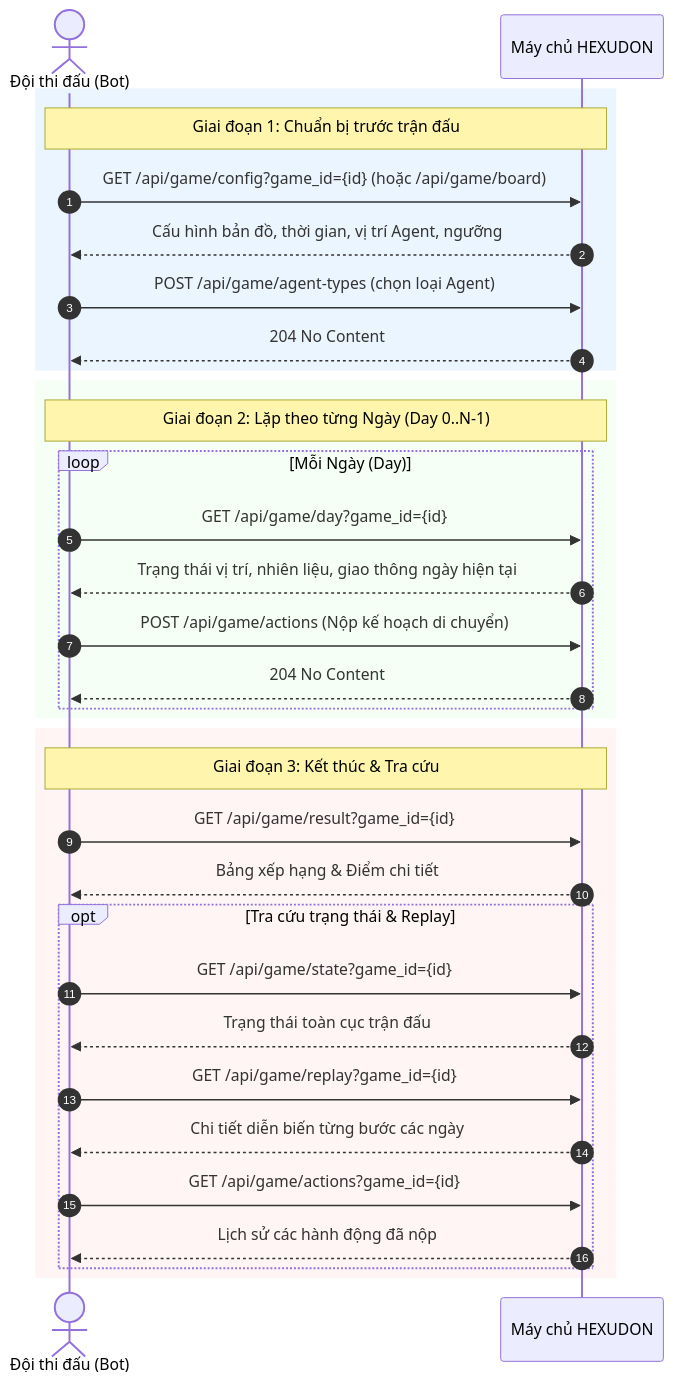
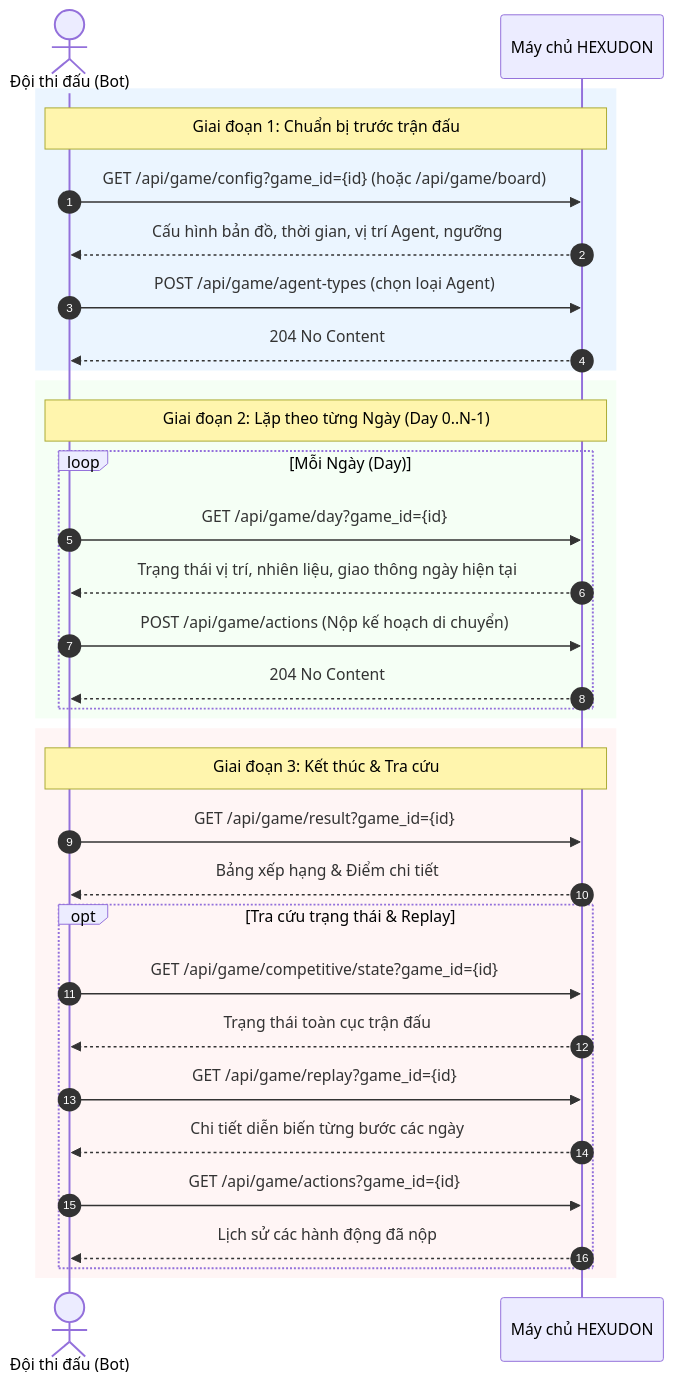
Before and after one commit to thing-or-think/hexudon: the second of 3 diagrams in server/docs/api/diagrams/request-flow.md, drawn with Mermaid. The commit also changed 11 other files, not shown here.

Commit message:
feat: update game action API and turn processing

````diff
--- a/server/docs/api/diagrams/request-flow.md
+++ b/server/docs/api/diagrams/request-flow.md
@@ -51,38 +51,38 @@
 ```mermaid
 sequenceDiagram
     autonumber
     actor Team as Đội thi đấu (Bot)
     participant Server as Máy chủ HEXUDON
 
     rect rgb(235, 245, 255)
         note over Team,Server: Giai đoạn 1: Chuẩn bị trước trận đấu
         Team->>Server: GET /api/game/config?game_id={id} (hoặc /api/game/board)
         Server-->>Team: Cấu hình bản đồ, thời gian, vị trí Agent, ngưỡng
         Team->>Server: POST /api/game/agent-types (chọn loại Agent)
         Server-->>Team: 204 No Content
     end
 
     rect rgb(245, 255, 245)
         note over Team,Server: Giai đoạn 2: Lặp theo từng Ngày (Day 0..N-1)
         loop Mỗi Ngày (Day)
             Team->>Server: GET /api/game/day?game_id={id}
             Server-->>Team: Trạng thái vị trí, nhiên liệu, giao thông ngày hiện tại
             Team->>Server: POST /api/game/actions (Nộp kế hoạch di chuyển)
             Server-->>Team: 204 No Content
         end
     end
 
     rect rgb(255, 245, 245)
         note over Team,Server: Giai đoạn 3: Kết thúc & Tra cứu
         Team->>Server: GET /api/game/result?game_id={id}
         Server-->>Team: Bảng xếp hạng & Điểm chi tiết
         opt Tra cứu trạng thái & Replay
-            Team->>Server: GET /api/game/state?game_id={id}
+            Team->>Server: GET /api/game/competitive/state?game_id={id}
             Server-->>Team: Trạng thái toàn cục trận đấu
             Team->>Server: GET /api/game/replay?game_id={id}
             Server-->>Team: Chi tiết diễn biến từng bước các ngày
             Team->>Server: GET /api/game/actions?game_id={id}
             Server-->>Team: Lịch sử các hành động đã nộp
         end
     end
 ```
````
